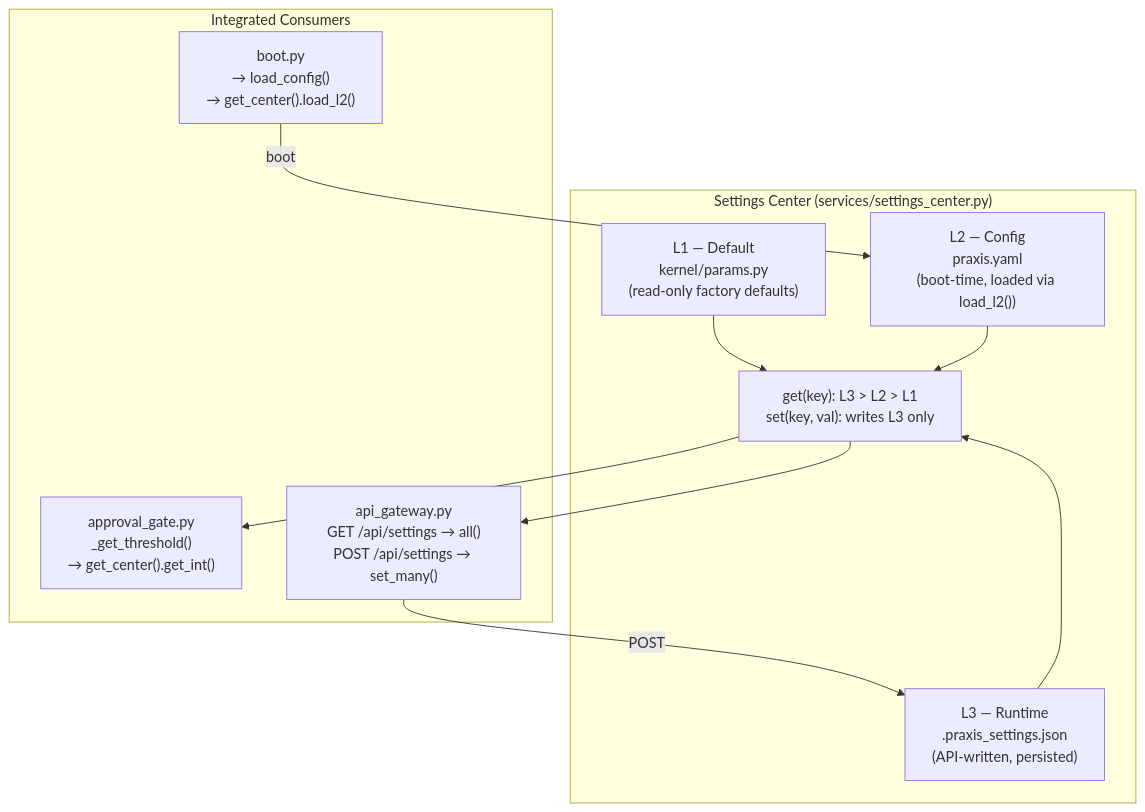
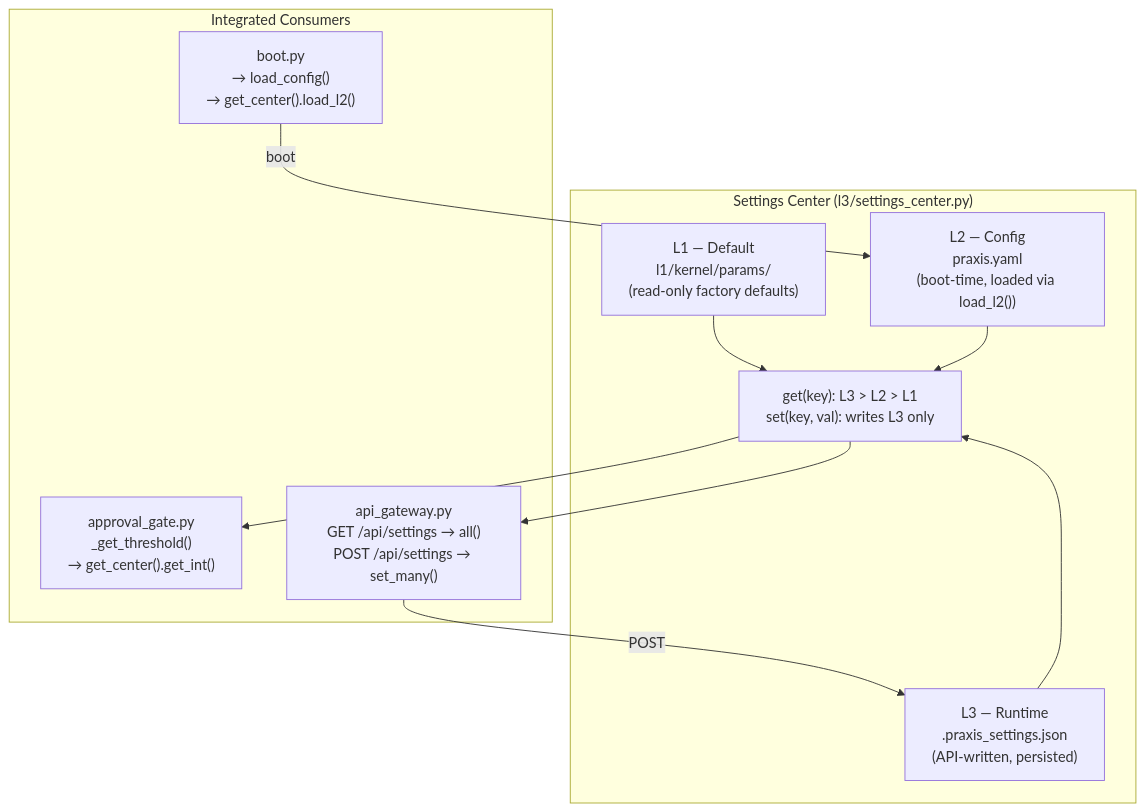
Before and after one commit to guilingzhouyi-creator/Praxis-Agent-OS: diagram 20 of 27 in docs/design/praxis-architecture-actual.md, drawn with Mermaid. The commit also changed other lines of this file and 3 other files, not shown here.

First line of the commit message:
docs: update architecture doc to reflect 5-layer structure and add .gitignore patterns

````diff
--- a/docs/design/praxis-architecture-actual.md
+++ b/docs/design/praxis-architecture-actual.md
@@ -1130,23 +1250,23 @@
 ```mermaid
 flowchart TB
-    subgraph Center["Settings Center (services/settings_center.py)"]
-        L1["L1 — Default\nkernel/params.py\n(read-only factory defaults)"]
+    subgraph Center["Settings Center (l3/settings_center.py)"]
+        L1["L1 — Default\nl1/kernel/params/\n(read-only factory defaults)"]
         L2["L2 — Config\npraxis.yaml\n(boot-time, loaded via load_l2())"]
         L3["L3 — Runtime\n.praxis_settings.json\n(API-written, persisted)"]
         MERGE["get(key): L3 > L2 > L1\nset(key, val): writes L3 only"]
     end
 
     subgraph Consumers["Integrated Consumers"]
         AG["approval_gate.py\n_get_threshold()\n→ get_center().get_int()"]
         API["api_gateway.py\nGET /api/settings → all()\nPOST /api/settings → set_many()"]
         BOOT["boot.py\n→ load_config()\n→ get_center().load_l2()"]
     end
 
     BOOT -->|"boot"| L2
     L1 --> MERGE
     L2 --> MERGE
     L3 --> MERGE
     MERGE --> AG
     MERGE --> API
     API -->|"POST"| L3
 ```
````
